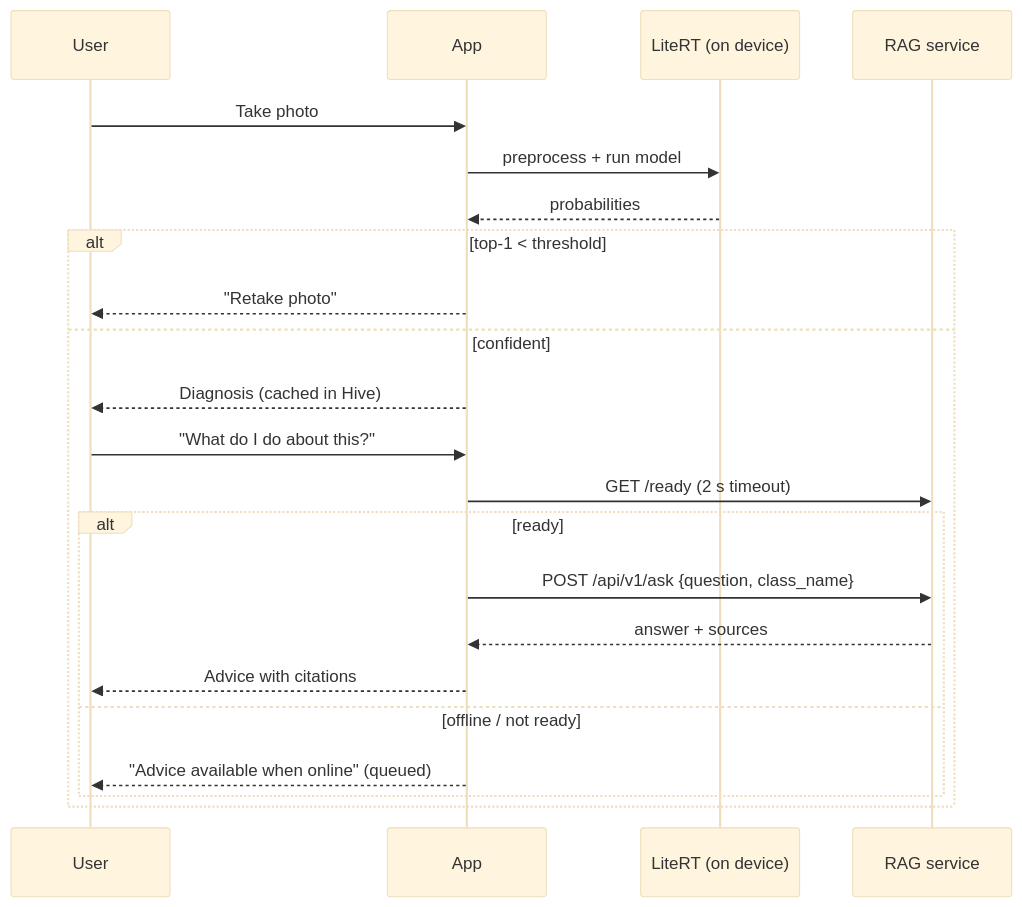
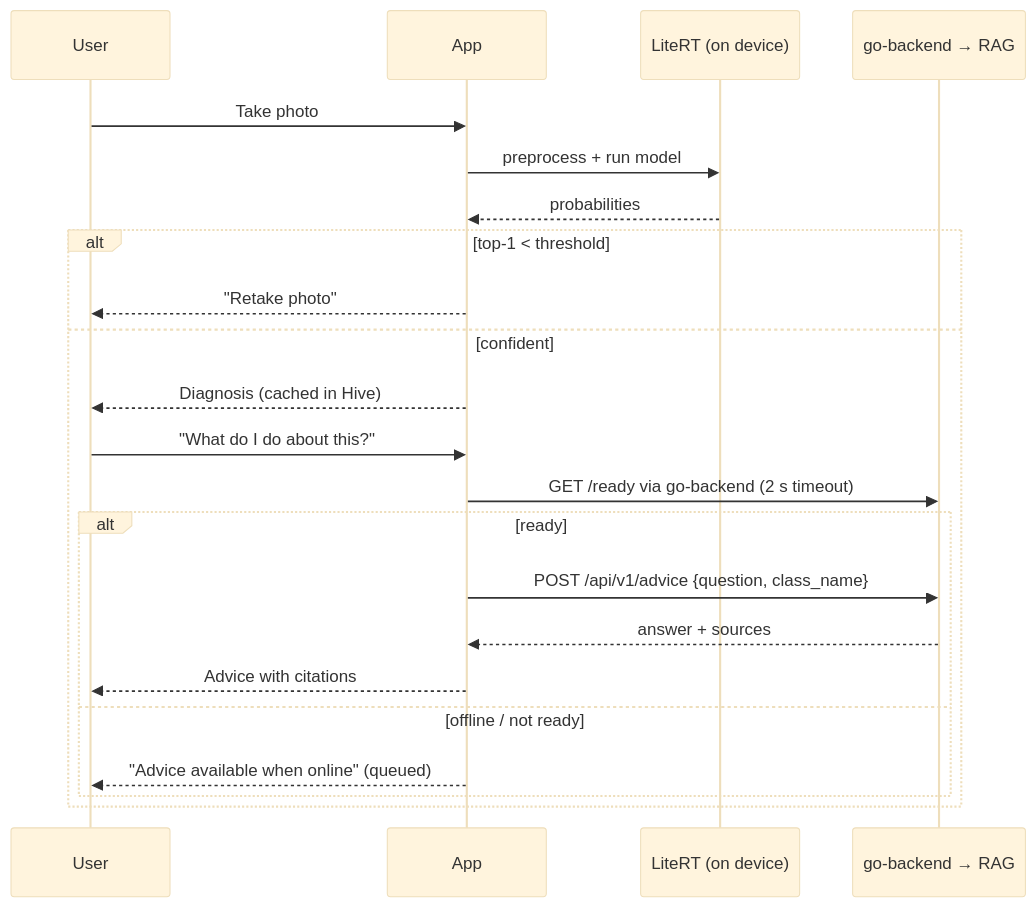
The diagram in docs/API_CONTRACT.md (Paulmburu/ai-crop-disease-platform), drawn with Mermaid (base theme) before and after one commit. The commit also changed other lines of this file and 5 other files, not shown here.

Commit message:
docs(go-backend): M1–M3 endpoints, phone setup, progress, API contract

````diff
--- a/docs/API_CONTRACT.md
+++ b/docs/API_CONTRACT.md
@@ -24,24 +29,24 @@
 ```mermaid
 sequenceDiagram
     participant U as User
     participant A as App
     participant L as LiteRT (on device)
-    participant R as RAG service
+    participant R as go-backend → RAG
     U->>A: Take photo
     A->>L: preprocess + run model
     L-->>A: probabilities
     alt top-1 < threshold
         A-->>U: "Retake photo"
     else confident
         A-->>U: Diagnosis (cached in Hive)
         U->>A: "What do I do about this?"
-        A->>R: GET /ready (2 s timeout)
+        A->>R: GET /ready via go-backend (2 s timeout)
         alt ready
-            A->>R: POST /api/v1/ask {question, class_name}
+            A->>R: POST /api/v1/advice {question, class_name}
             R-->>A: answer + sources
             A-->>U: Advice with citations
         else offline / not ready
             A-->>U: "Advice available when online" (queued)
         end
     end
 ```
````
